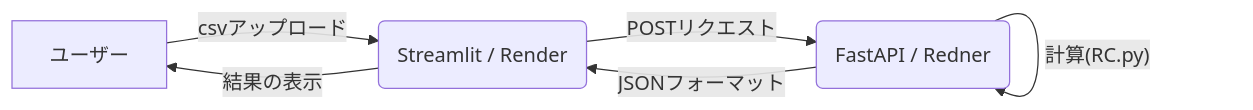
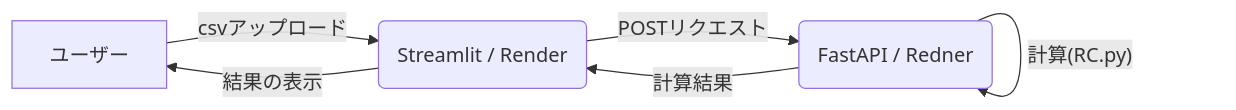
Before and after one commit to ishi0409/saber: the diagram in README.md, drawn with Mermaid.

````diff
--- a/README.md
+++ b/README.md
@@ -29,8 +29,8 @@
 ```mermaid
 graph LR
     User[ユーザー] -->|csvアップロード| ST(Streamlit / Render)
     ST --> |POSTリクエスト| FA(FastAPI / Redner)
     FA -- "計算(RC.py)" --> FA
-    FA -->|JSONフォーマット| ST
+    FA -->|計算結果| ST
     ST-->|結果の表示| User
 ```
````
